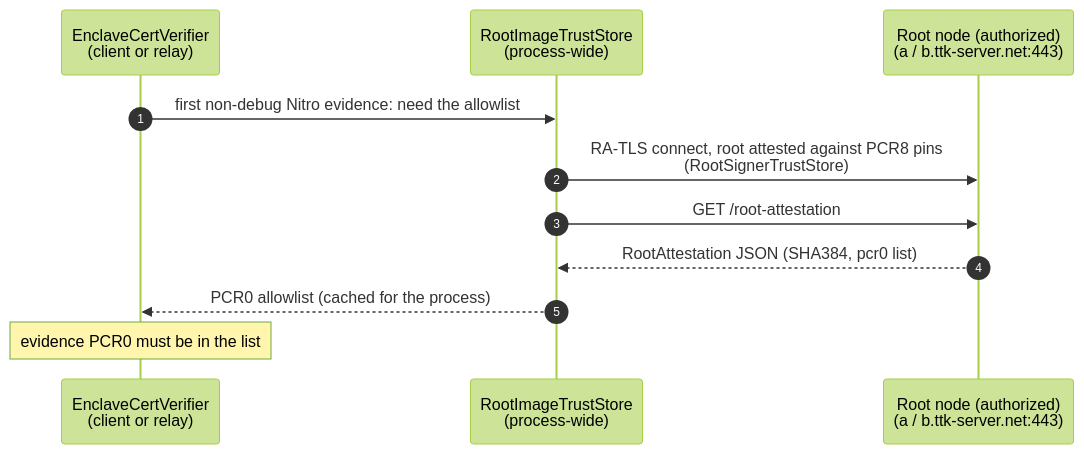
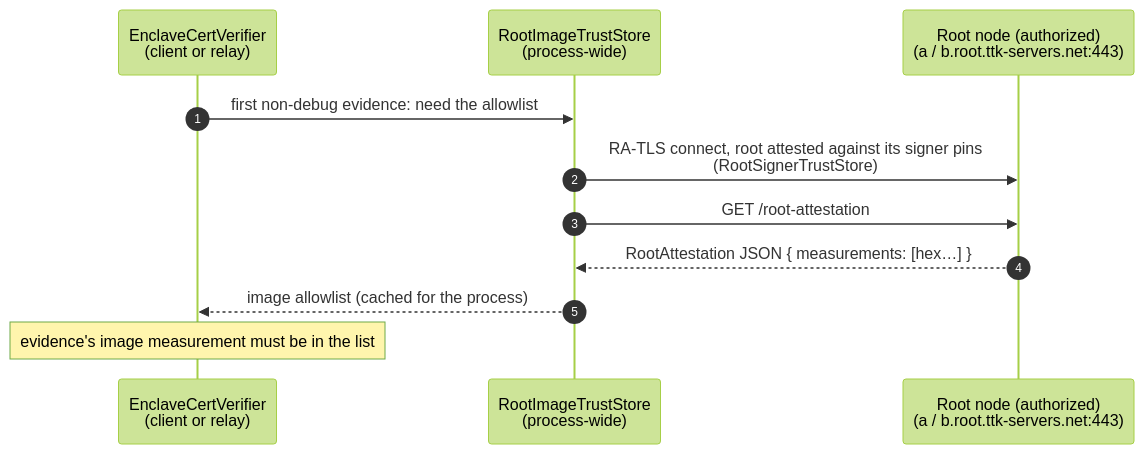
One commit to Lanetus/TTKServer changed the seventh of 11 diagrams in docs/src/ARCHITECTURE.md. Above: the diagram before and after it, drawn with Mermaid (forest theme). The commit also changed other lines of this file and 6 other files, not shown here.

First line of the commit message:
fix: update the mdBook architecture docs to v6.5.0 (#103)

````diff
--- a/docs/src/ARCHITECTURE.md
+++ b/docs/src/ARCHITECTURE.md
@@ -337,14 +352,14 @@
 ```mermaid
 sequenceDiagram
     autonumber
     participant V as EnclaveCertVerifier<br/>(client or relay)
     participant L as RootImageTrustStore<br/>(process-wide)
-    participant R as Root node (authorized)<br/>(a / b.ttk-server.net:443)
+    participant R as Root node (authorized)<br/>(a / b.root.ttk-servers.net:443)
 
-    V->>L: first non-debug Nitro evidence: need the allowlist
-    L->>R: RA-TLS connect, root attested against PCR8 pins<br/>(RootSignerTrustStore)
+    V->>L: first non-debug evidence: need the allowlist
+    L->>R: RA-TLS connect, root attested against its signer pins<br/>(RootSignerTrustStore)
     L->>R: GET /root-attestation
-    R-->>L: RootAttestation JSON (SHA384, pcr0 list)
-    L-->>V: PCR0 allowlist (cached for the process)
-    Note over V: evidence PCR0 must be in the list
+    R-->>L: RootAttestation JSON { measurements: [hex…] }
+    L-->>V: image allowlist (cached for the process)
+    Note over V: evidence's image measurement must be in the list
 ```
````
